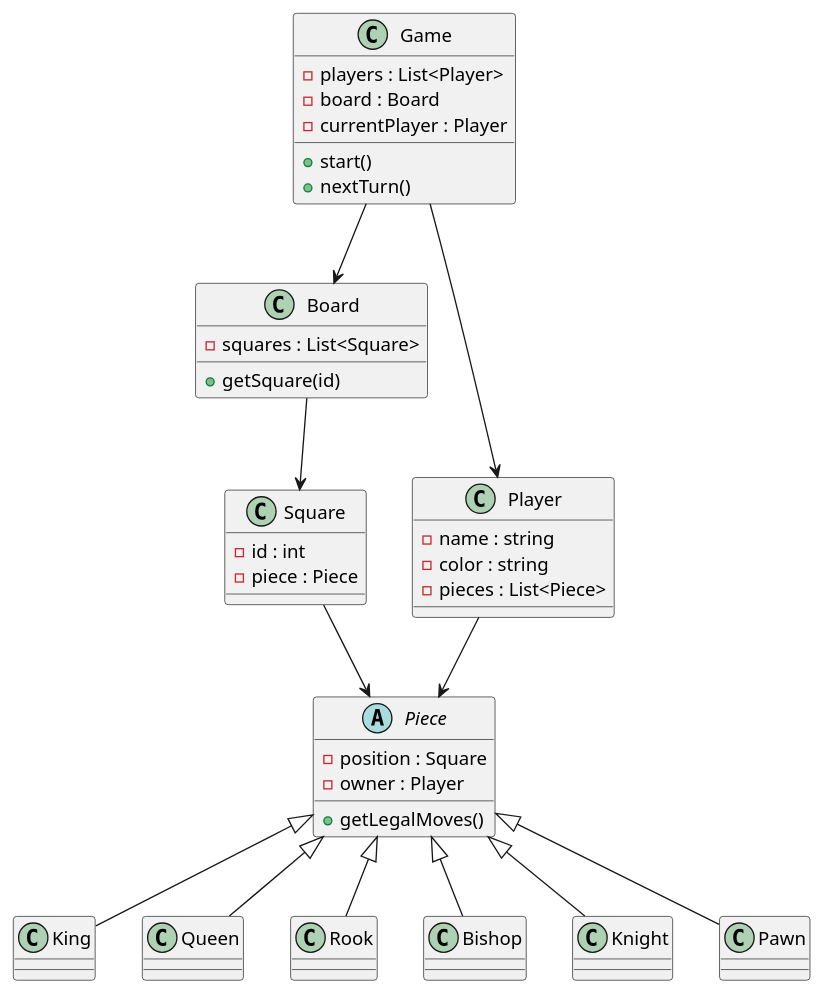
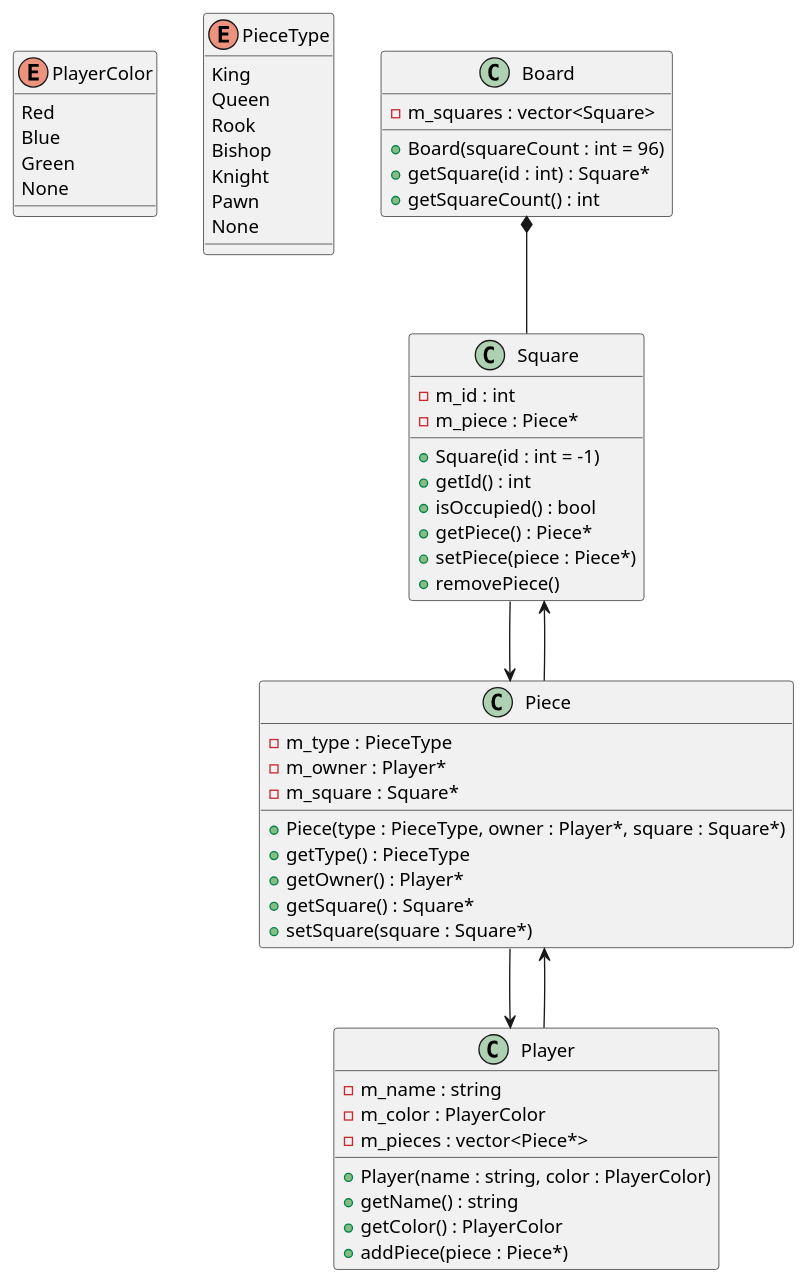
One commit to GuissiMohamed/projet-echec-yalta changed the diagram in docs/uml/class_diagram.puml. Above: the diagram before and after it, drawn with PlantUML. The commit also changed 30 other files, not shown here.

```diff
--- a/docs/uml/class_diagram.puml
+++ b/docs/uml/class_diagram.puml
@@ -1,53 +1,65 @@
 @startuml
 
-class Game {
-    - players : List<Player>
-    - board : Board
-    - currentPlayer : Player
-    + start()
-    + nextTurn()
+enum PlayerColor {
+  Red
+  Blue
+  Green
+  None
+}
+
+enum PieceType {
+  King
+  Queen
+  Rook
+  Bishop
+  Knight
+  Pawn
+  None
 }
 
 class Board {
-    - squares : List<Square>
-    + getSquare(id)
+  - m_squares : vector<Square>
+  + Board(squareCount : int = 96)
+  + getSquare(id : int) : Square*
+  + getSquareCount() : int
 }
 
 class Square {
-    - id : int
-    - piece : Piece
+  - m_id : int
+  - m_piece : Piece*
+  + Square(id : int = -1)
+  + getId() : int
+  + isOccupied() : bool
+  + getPiece() : Piece*
+  + setPiece(piece : Piece*)
+  + removePiece()
 }
 
 class Player {
-    - name : string
-    - color : string
-    - pieces : List<Piece>
+  - m_name : string
+  - m_color : PlayerColor
+  - m_pieces : vector<Piece*>
+  + Player(name : string, color : PlayerColor)
+  + getName() : string
+  + getColor() : PlayerColor
+  + addPiece(piece : Piece*)
 }
 
-abstract class Piece {
-    - position : Square
-    - owner : Player
-    + getLegalMoves()
+class Piece {
+  - m_type : PieceType
+  - m_owner : Player*
+  - m_square : Square*
+  + Piece(type : PieceType, owner : Player*, square : Square*)
+  + getType() : PieceType
+  + getOwner() : Player*
+  + getSquare() : Square*
+  + setSquare(square : Square*)
 }
 
-class King
-class Queen
-class Rook
-class Bishop
-class Knight
-class Pawn
-
-Piece <|-- King
-Piece <|-- Queen
-Piece <|-- Rook
-Piece <|-- Bishop
-Piece <|-- Knight
-Piece <|-- Pawn
-
-Game --> Board
-Game --> Player
-Board --> Square
+Board *-- Square
 Square --> Piece
 Player --> Piece
+Piece --> Player
+Piece --> Square
 
 @enduml
```
